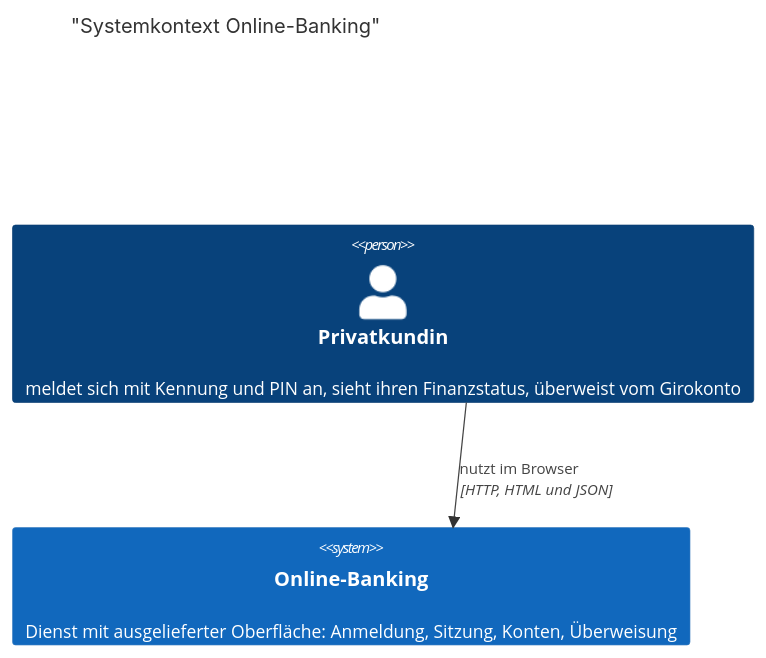
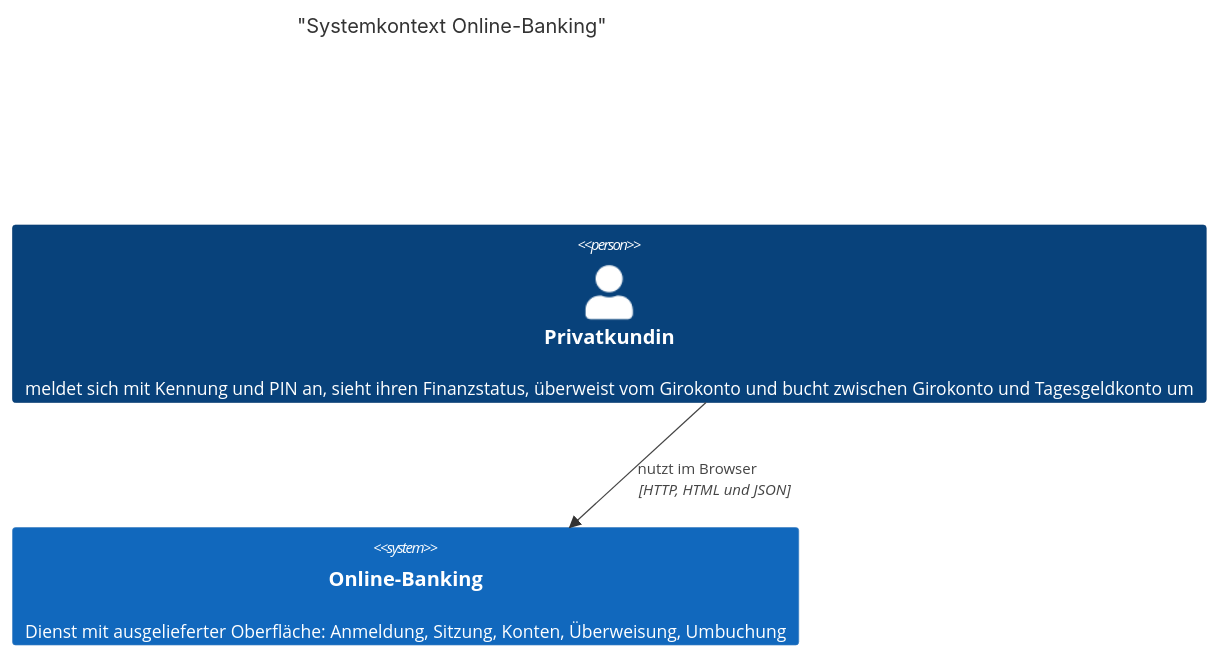
One commit to dakn85/online-banking changed the first of 6 diagrams in docs/architecture.md. Above: the diagram before and after it, drawn with Mermaid. The commit also changed other lines of this file and 1 other file, not shown here.

Commit message:
PK-58: KI-Vorschlag übernommen: Architektur: Einführung und Systemkontext um die Umbuchung ergänzen
Story: PK-58

````diff
--- a/docs/architecture.md
+++ b/docs/architecture.md
@@ -17,7 +17,7 @@
 ```mermaid
 C4Context
     title "Systemkontext Online-Banking"
-    Person(kundin, "Privatkundin", "meldet sich mit Kennung und PIN an, sieht ihren Finanzstatus, überweist vom Girokonto")
-    System(banking, "Online-Banking", "Dienst mit ausgelieferter Oberfläche: Anmeldung, Sitzung, Konten, Überweisung")
+    Person(kundin, "Privatkundin", "meldet sich mit Kennung und PIN an, sieht ihren Finanzstatus, überweist vom Girokonto und bucht zwischen Girokonto und Tagesgeldkonto um")
+    System(banking, "Online-Banking", "Dienst mit ausgelieferter Oberfläche: Anmeldung, Sitzung, Konten, Überweisung, Umbuchung")
     Rel(kundin, banking, "nutzt im Browser", "HTTP, HTML und JSON")
 ```
````
